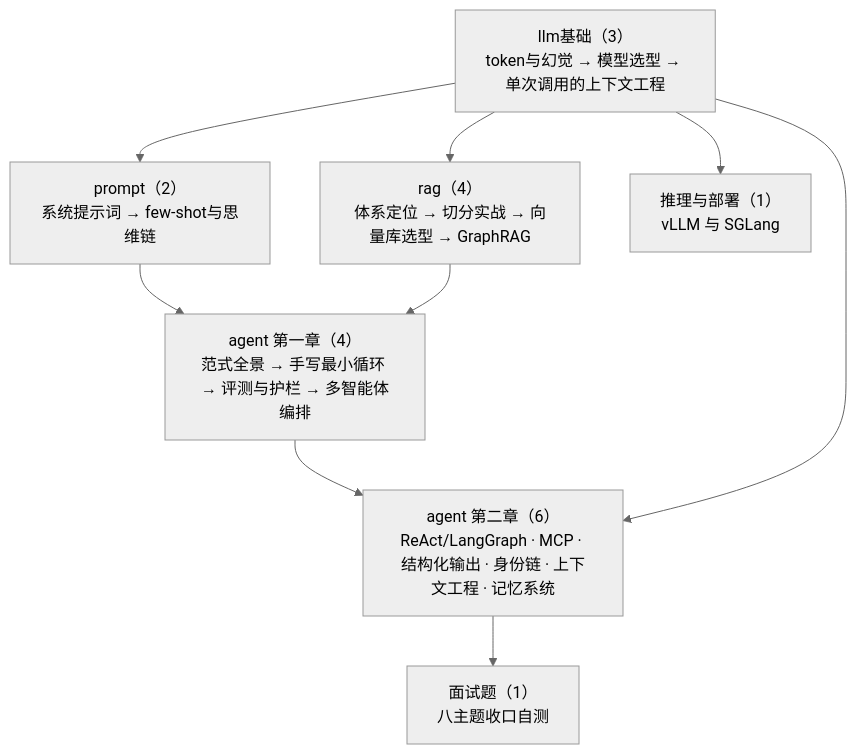
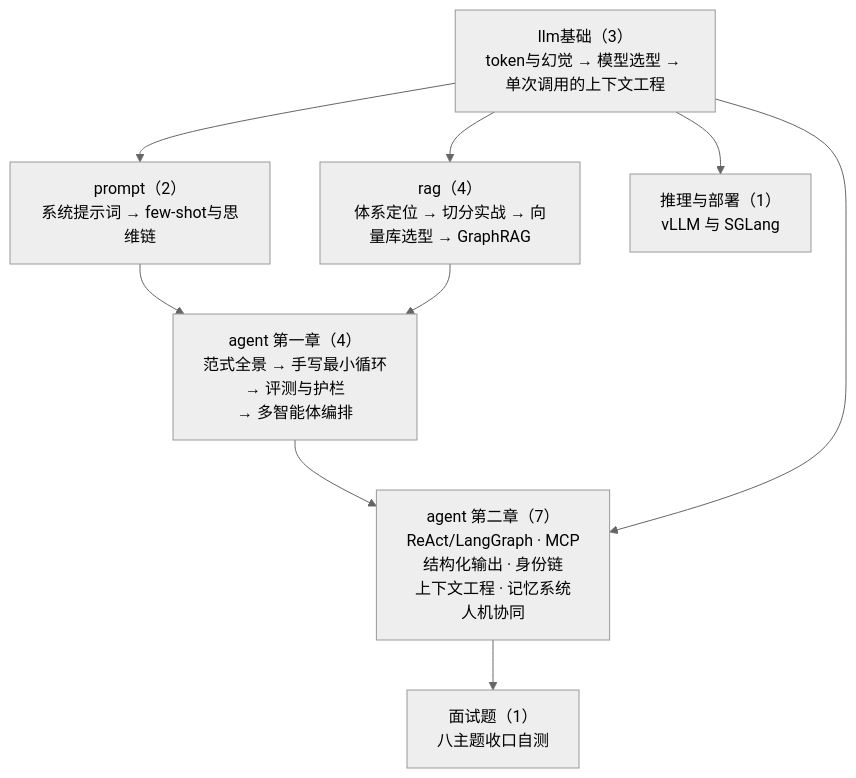
One commit to Mein-Augenstern/MUYI changed the diagram in B-AI工程/README.md. Above: the diagram before and after it, drawn with Mermaid (neutral theme). The commit also changed other lines of this file and 3 other files, not shown here.

Commit message:
B轨agent: 第11篇 Agent人机协同——从头部智能体看审批与权限设计（学习整理篇：以 Claude Code 权限文档与 auto mode 设计复盘为主样本，对照 Codex、OpenAI Agents SDK、MCP 规范、Manus 计划模式；审批疲劳 / 六种权限模式 / 少问三法 / 动作闸门）；导航四同步（B 轨 23→24 篇、全库 396→397），B 轨依赖图两个 agent 节点改为显式断行

````diff
--- a/B-AI工程/README.md
+++ b/B-AI工程/README.md
@@ -9,18 +9,18 @@
 ```mermaid
 flowchart TD
     L["llm基础（3）<br/>token与幻觉 → 模型选型 → 单次调用的上下文工程"]
     P["prompt（2）<br/>系统提示词 → few-shot与思维链"]
     R["rag（4）<br/>体系定位 → 切分实战 → 向量库选型 → GraphRAG"]
-    A1["agent 第一章（4）<br/>范式全景 → 手写最小循环 → 评测与护栏 → 多智能体编排"]
-    A2["agent 第二章（6）<br/>ReAct/LangGraph · MCP · 结构化输出 · 身份链 · 上下文工程 · 记忆系统"]
+    A1["agent 第一章（4）<br/>范式全景 → 手写最小循环<br/>→ 评测与护栏<br/>→ 多智能体编排"]
+    A2["agent 第二章（7）<br/>ReAct/LangGraph · MCP<br/>结构化输出 · 身份链<br/>上下文工程 · 记忆系统<br/>人机协同"]
     INF["推理与部署（1）<br/>vLLM 与 SGLang"]
     IT["面试题（1）<br/>八主题收口自测"]
     L --> P
     L --> R
     P --> A1
     R --> A1
     A1 --> A2
     L --> A2
     A2 --> IT
     L --> INF
 ```
````
